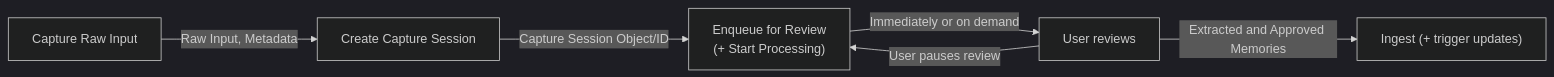
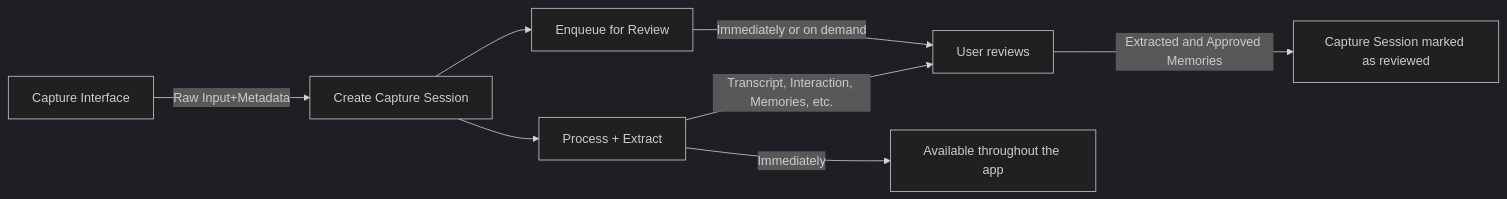
One commit to Ricu/never-forget changed the second of 2 diagrams in docs/capture_system/00_overview.md. Above: the diagram before and after it, drawn with Mermaid. The commit also changed other lines of this file and 63 other files, not shown here.

````diff
--- a/docs/capture_system/00_overview.md
+++ b/docs/capture_system/00_overview.md
@@ -31,12 +35,14 @@
 ```mermaid
 ---
 config:
   theme: 'dark'
 ---
 flowchart LR
-    CI[Capture Raw Input] -->|Raw Input, Metadata| CS[Create Capture Session]
-    CS -->|Capture Session Object/ID| RQ["Enqueue for Review\n(+ Start Processing)"]
-    RQ -->|Immediately or on demand| UR[User reviews]
-    UR --> |Extracted and Approved Memories| P["Ingest (+ trigger updates)"]
-    UR -->|User pauses review| RQ
+    CI[Capture Interface] -->|Raw Input+Metadata| CS[Create Capture Session]
+    CS --> RQ[Enqueue for Review]
+    CS --> SP[Process + Extract]
+    RQ --> |Immediately or on demand| UR[User reviews]
+    SP -->|Transcript, Interaction, Memories, etc.| UR[User reviews]
+    SP -->|Immediately| SA[Available throughout the app]
+    UR --> |Extracted and Approved Memories| P[Capture Session marked as reviewed]
 ```
````
